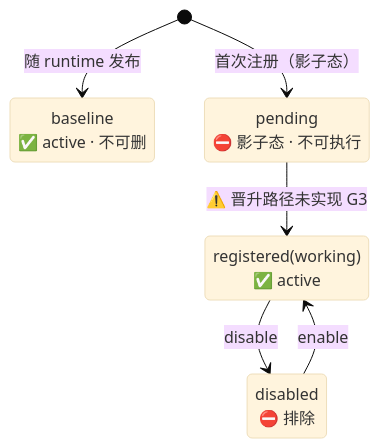
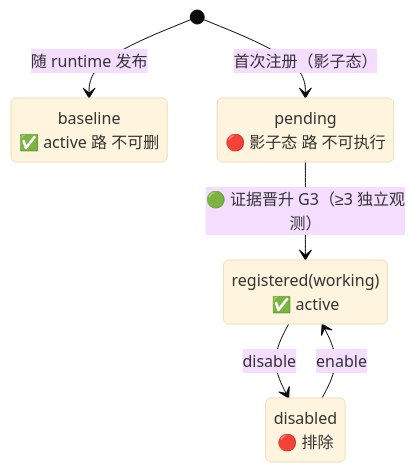
One commit to liuxinglin70-cmyk/Agent-Hallucination changed the fourth of 8 diagrams in docs/technical/SEHD_V6_FRAMEWORK_VISUAL.md. Above: the diagram before and after it, drawn with Mermaid (base theme). The commit also changed other lines of this file and 1 other file, not shown here.

````diff
--- a/docs/technical/SEHD_V6_FRAMEWORK_VISUAL.md
+++ b/docs/technical/SEHD_V6_FRAMEWORK_VISUAL.md
@@ -119,12 +115,12 @@
 ```mermaid
 stateDiagram-v2
     [*] --> baseline : 随 runtime 发布
     [*] --> pending : 首次注册（影子态）
-    pending --> registered : ⚠️ 晋升路径未实现 G3
+    pending --> registered : 🟢 证据晋升 G3（≥3 独立观测）
     registered --> disabled : disable
     disabled --> registered : enable
-    baseline : baseline<br/>✅ active · 不可删
-    pending : pending<br/>⛔ 影子态 · 不可执行
+    baseline : baseline<br/>✅ active 路 不可删
+    pending : pending<br/>🔴 影子态 路 不可执行
     registered : registered(working)<br/>✅ active
-    disabled : disabled<br/>⛔ 排除
+    disabled : disabled<br/>🔴 排除
 ```
````
